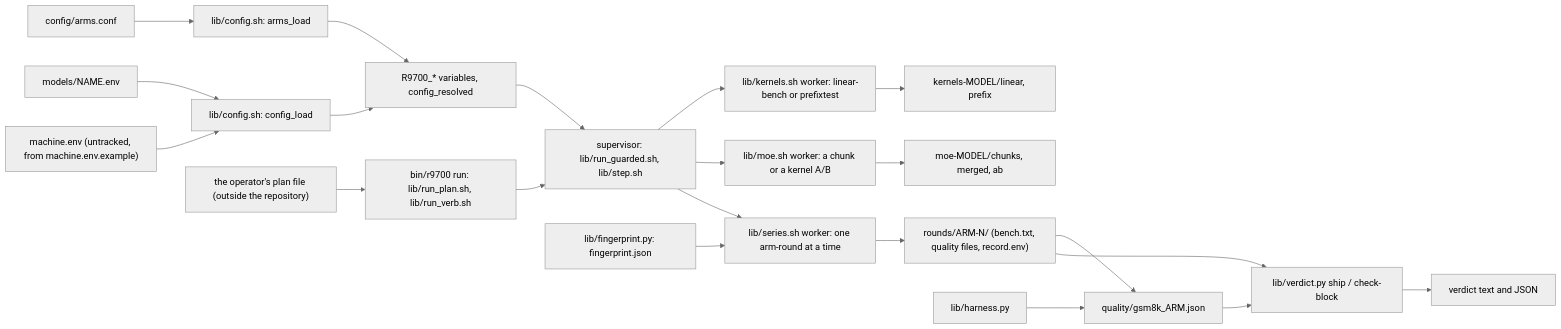
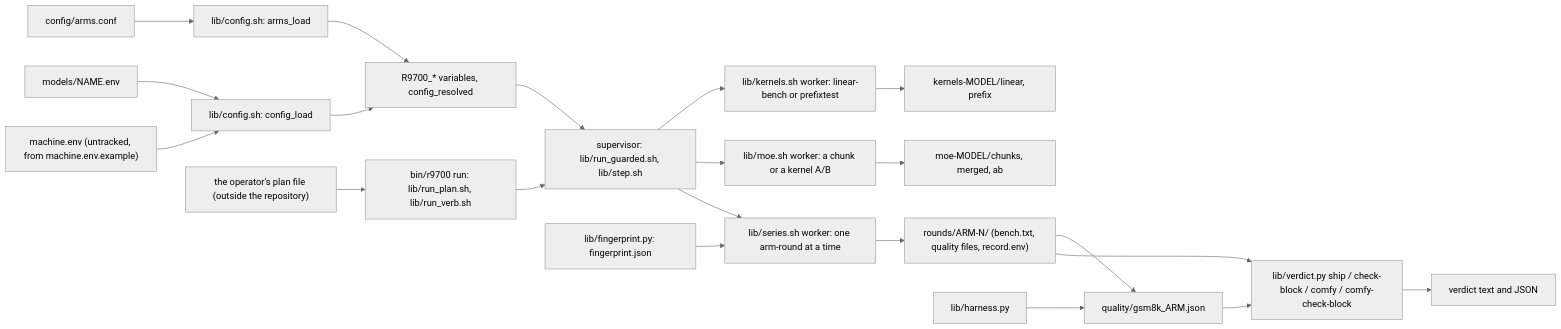
Before and after one commit to oleksandrdubyna88/dew_flow_amd_r9700_tuning_ai: the sixth of 6 diagrams in research/architecture.md, drawn with Mermaid (neutral theme). The commit also changed other lines of this file and 3 other files, not shown here.

First line of the commit message:
feat(verdict): E2.S1 — the comfy mode of the ship test: lib/verdict.py comfy and comfy-check-block

````diff
--- a/research/architecture.md
+++ b/research/architecture.md
@@ -344,23 +344,23 @@
 ```mermaid
 flowchart LR
   ME["machine.env (untracked, from machine.env.example)"] --> LOAD["lib/config.sh: config_load"]
   MD["models/NAME.env"] --> LOAD
   ARMS["config/arms.conf"] --> ARMLOAD["lib/config.sh: arms_load"]
   LOAD --> RES["R9700_* variables, config_resolved"]
   ARMLOAD --> RES
   PLAN["the operator's plan file (outside the repository)"] --> RUN["bin/r9700 run: lib/run_plan.sh, lib/run_verb.sh"]
   RES --> SUP["supervisor: lib/run_guarded.sh, lib/step.sh"]
   RUN --> SUP
   SUP --> SER["lib/series.sh worker: one arm-round at a time"]
   SUP --> MOE["lib/moe.sh worker: a chunk or a kernel A/B"]
   SUP --> KER["lib/kernels.sh worker: linear-bench or prefixtest"]
   SER --> REC["rounds/ARM-N/ (bench.txt, quality files, record.env)"]
   MOE --> MREC["moe-MODEL/chunks, merged, ab"]
   KER --> KREC["kernels-MODEL/linear, prefix"]
   FP["lib/fingerprint.py: fingerprint.json"] --> SER
-  REC --> VER["lib/verdict.py ship / check-block"]
+  REC --> VER["lib/verdict.py ship / check-block / comfy / comfy-check-block"]
   HAR["lib/harness.py"] --> QUAL["quality/gsm8k_ARM.json"]
   REC --> QUAL
   QUAL --> VER
   VER --> OUT["verdict text and JSON"]
 ```
````
